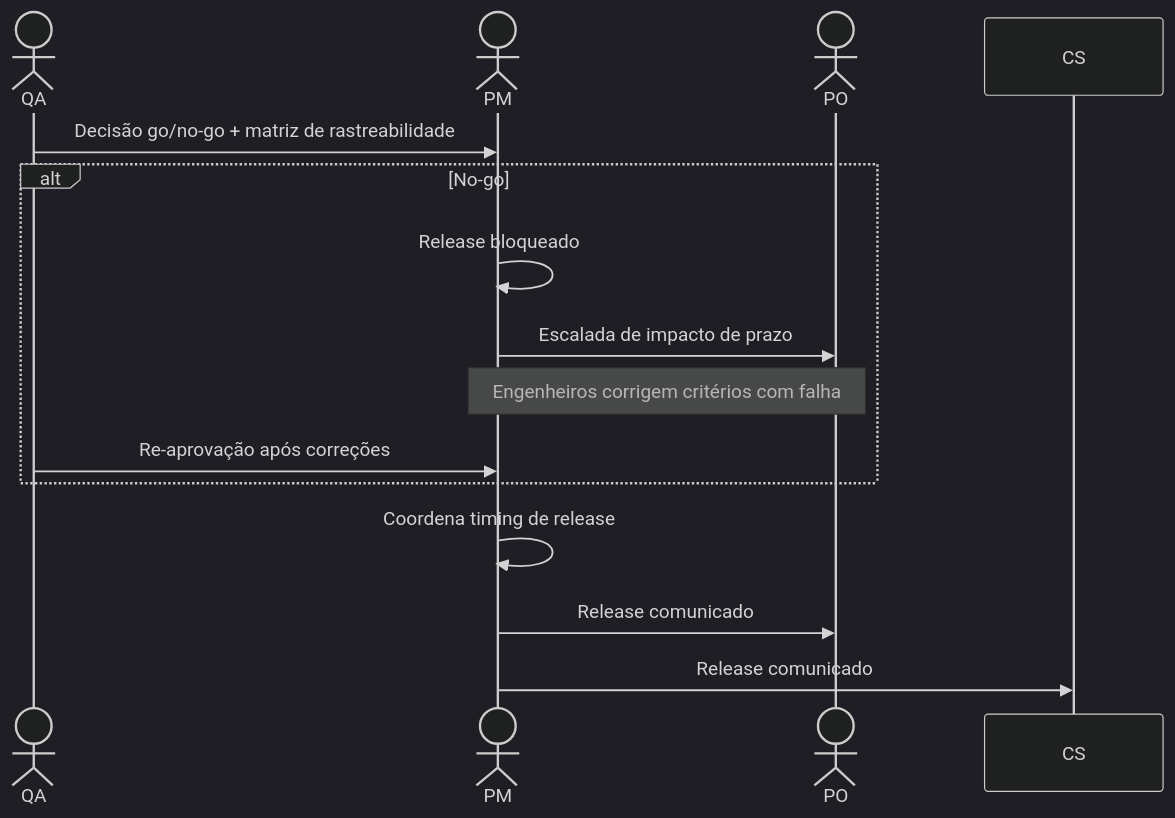
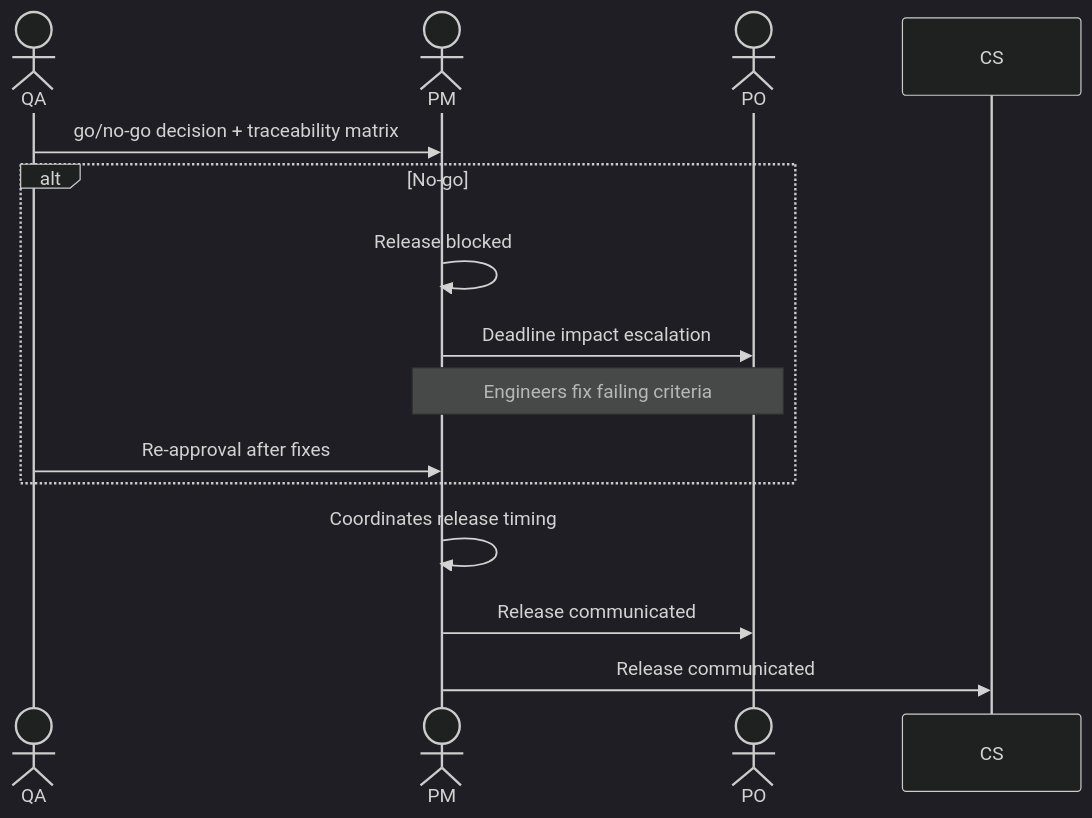
One commit to hugo-hsbtech/teamwork-process changed the diagram in interactions/12-qa-to-pm.md. Above: the diagram before and after it, drawn with Mermaid (dark theme). The commit also changed other lines of this file and 63 other files, not shown here.

````diff
--- a/interactions/12-qa-to-pm.md
+++ b/interactions/12-qa-to-pm.md
@@ -61,19 +61,19 @@
 ```mermaid
 sequenceDiagram
     actor QA as QA
     actor PM as PM
     actor PO as PO
 
-    QA->>PM: Decisão go/no-go + matriz de rastreabilidade
+    QA->>PM: go/no-go decision + traceability matrix
 
     alt No-go
-        PM->>PM: Release bloqueado
-        PM->>PO: Escalada de impacto de prazo
-        Note over PM,PO: Engenheiros corrigem critérios com falha
-        QA->>PM: Re-aprovação após correções
+        PM->>PM: Release blocked
+        PM->>PO: Deadline impact escalation
+        Note over PM,PO: Engineers fix failing criteria
+        QA->>PM: Re-approval after fixes
     end
 
-    PM->>PM: Coordena timing de release
-    PM->>PO: Release comunicado
-    PM->>CS: Release comunicado
+    PM->>PM: Coordinates release timing
+    PM->>PO: Release communicated
+    PM->>CS: Release communicated
 ```
````
